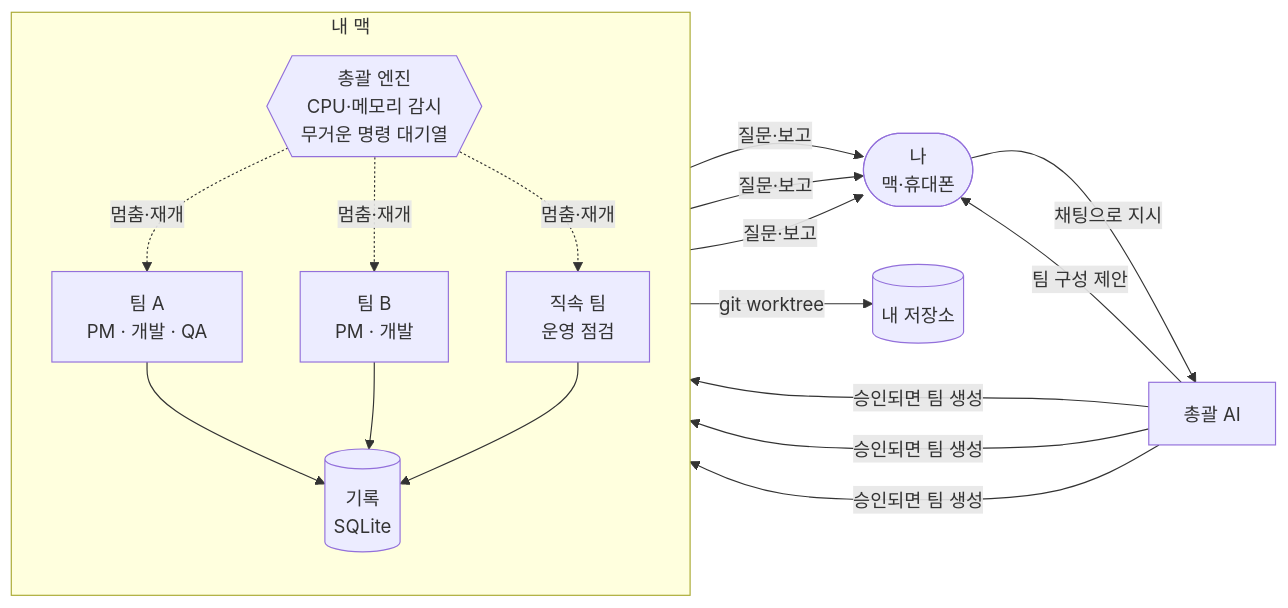
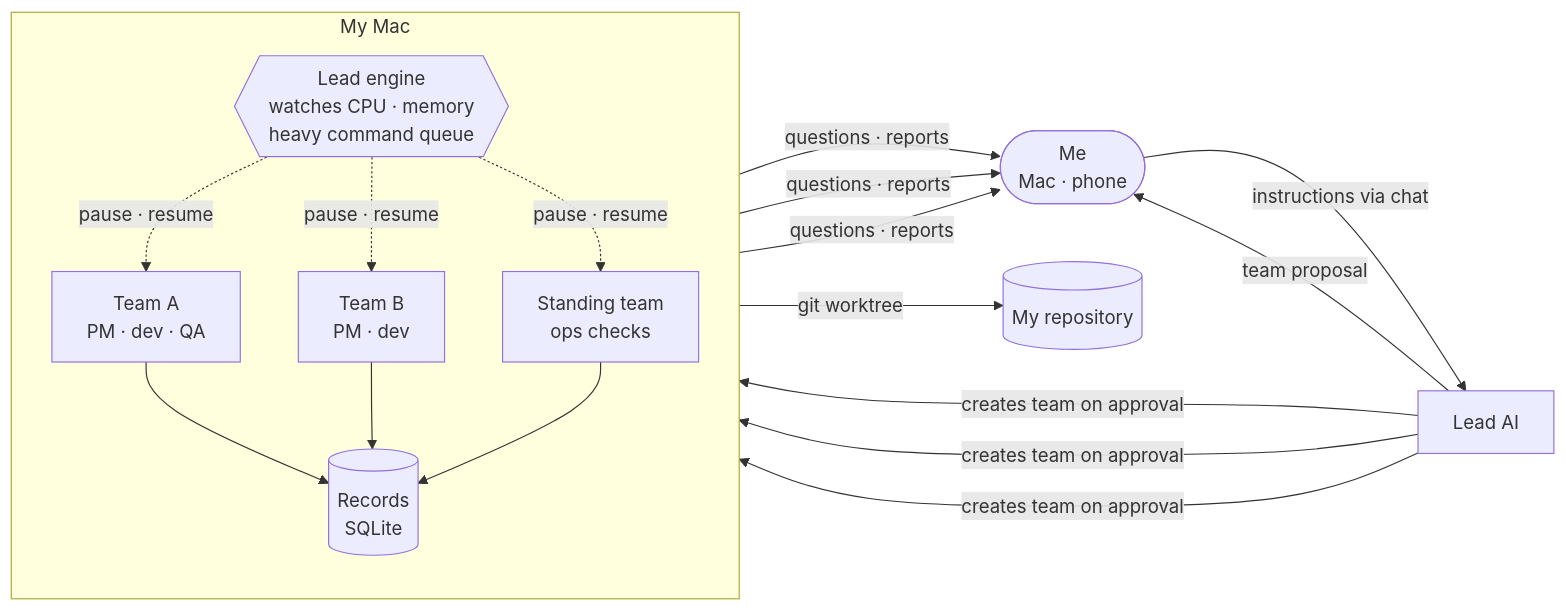
The diagram in README.md (webjihong/hivelane), drawn with Mermaid before and after one commit. The commit also changed other lines of this file and 27 other files, not shown here.

````diff
--- a/README.md
+++ b/README.md
@@ -117,18 +117,18 @@
 ```mermaid
 flowchart LR
-  me([나<br/>맥·휴대폰]) -- 채팅으로 지시 --> po[총괄 AI]
-  po -- 팀 구성 제안 --> me
-  po -- 승인되면 팀 생성 --> t1 & t2 & t3
-  subgraph mac[내 맥]
+  me([Me<br/>Mac · phone]) -- instructions via chat --> po[Lead AI]
+  po -- team proposal --> me
+  po -- creates team on approval --> t1 & t2 & t3
+  subgraph mac[My Mac]
     direction TB
-    t1[팀 A<br/>PM · 개발 · QA]
-    t2[팀 B<br/>PM · 개발]
-    t3[직속 팀<br/>운영 점검]
-    eng{{총괄 엔진<br/>CPU·메모리 감시<br/>무거운 명령 대기열}}
-    db[(기록<br/>SQLite)]
+    t1[Team A<br/>PM · dev · QA]
+    t2[Team B<br/>PM · dev]
+    t3[Standing team<br/>ops checks]
+    eng{{Lead engine<br/>watches CPU · memory<br/>heavy command queue}}
+    db[(Records<br/>SQLite)]
   end
-  eng -. 멈춤·재개 .-> t1 & t2 & t3
-  t1 & t2 & t3 -- 질문·보고 --> me
+  eng -. pause · resume .-> t1 & t2 & t3
+  t1 & t2 & t3 -- questions · reports --> me
   t1 & t2 & t3 --> db
-  t1 -- git worktree --> repo[(내 저장소)]
+  t1 -- git worktree --> repo[(My repository)]
 ```
````
